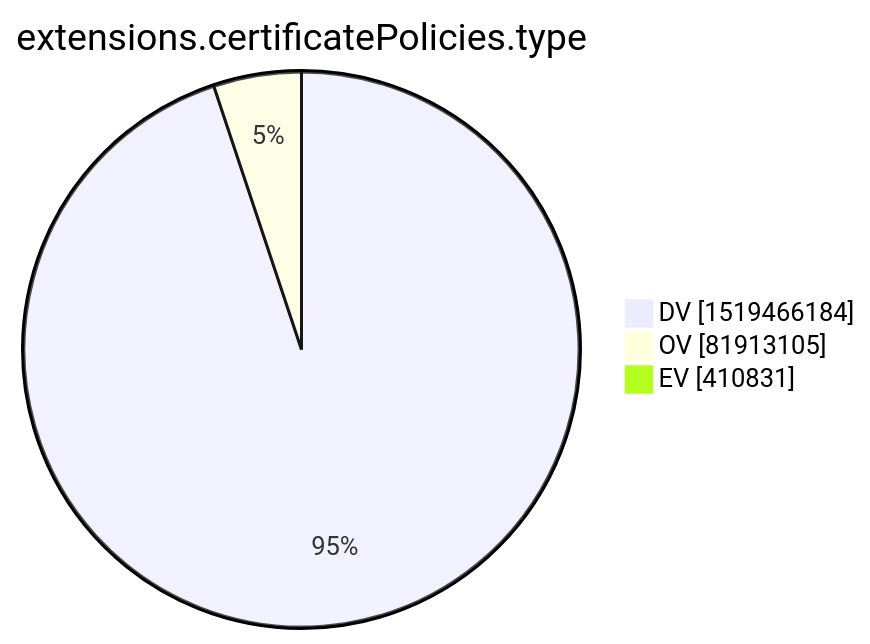
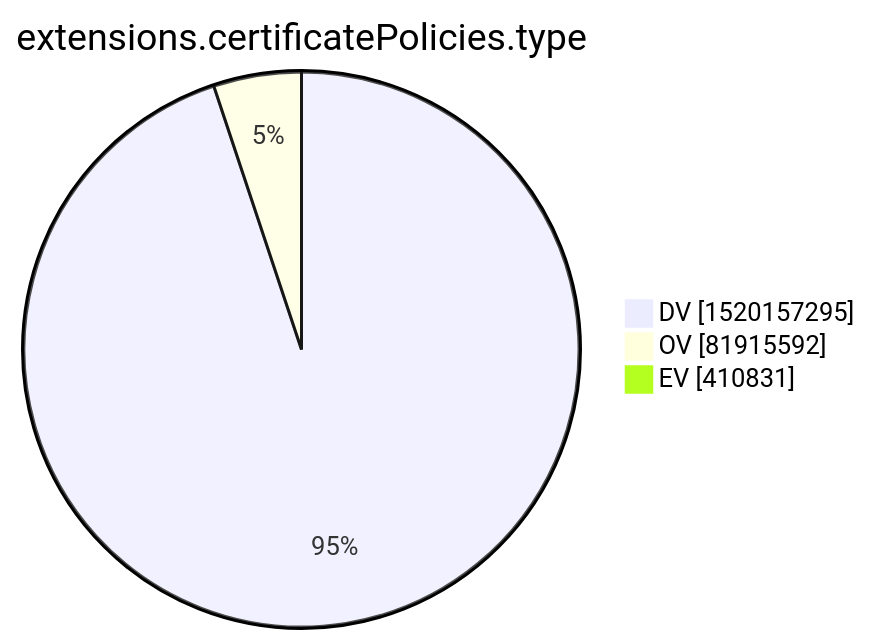
One commit to christiankrug/ctmonitor_visualization changed the tenth of 15 diagrams in xenon2022/README.md. Above: the diagram before and after it, drawn with Mermaid. The commit also changed other lines of this file, not shown here.

````diff
--- a/xenon2022/README.md
+++ b/xenon2022/README.md
@@ -2875,7 +2875,7 @@
 ```mermaid
 pie showData
 title extensions.certificatePolicies.type
-"DV" :1519466184
-"OV" :81913105
+"DV" :1520157295
+"OV" :81915592
 "EV" :410831
 ```
````
